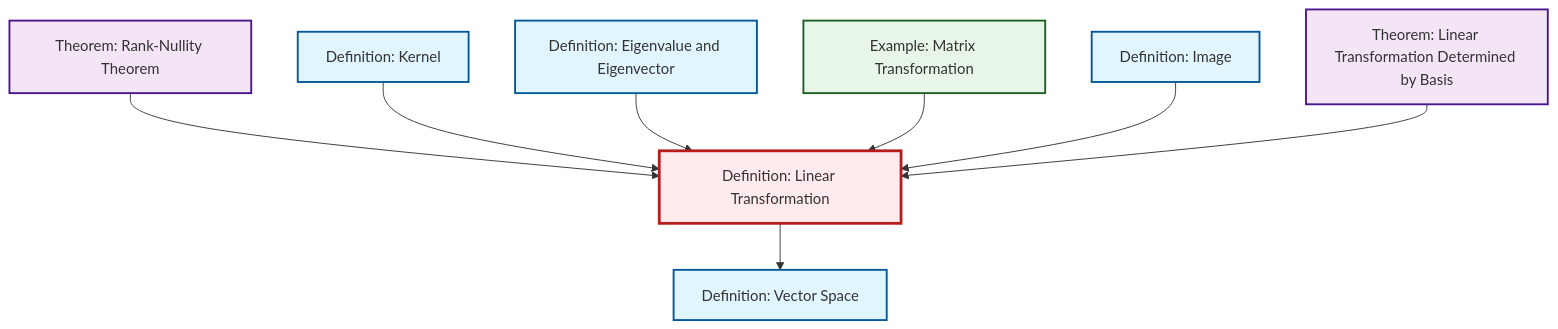
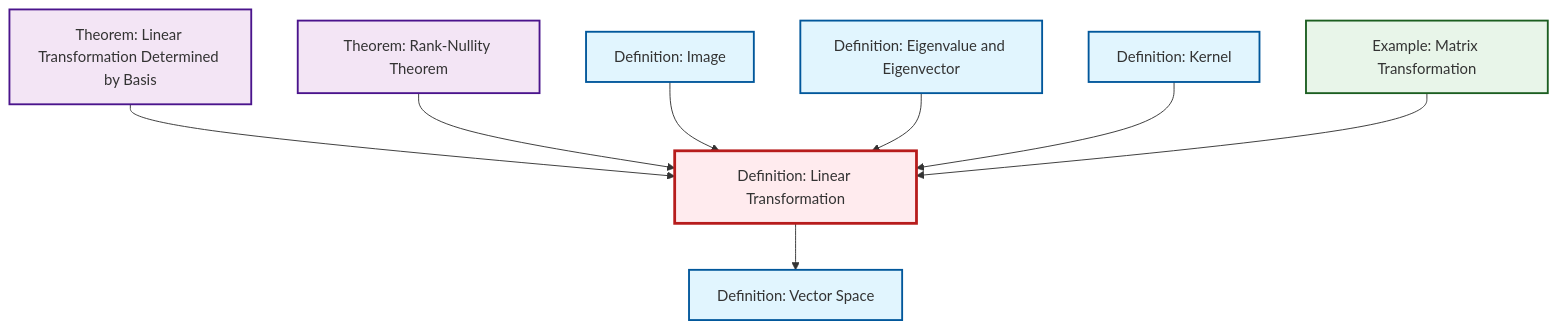
One commit to RK0429/ModernMath changed the diagram in output/mermaid/def-linear-transformation.mermaid. Above: the diagram before and after it, drawn with Mermaid. The commit also changed other lines of this file and 1420 other files, not shown here.

```diff
--- a/output/mermaid/def-linear-transformation.mermaid
+++ b/output/mermaid/def-linear-transformation.mermaid
@@ -1,23 +1,23 @@
 %%| fig-cap: "Local dependency graph"
 graph TD
     classDef definition fill:#e1f5fe,stroke:#01579b,stroke-width:2px
     classDef theorem fill:#f3e5f5,stroke:#4a148c,stroke-width:2px
     classDef axiom fill:#fff3e0,stroke:#e65100,stroke-width:2px
     classDef example fill:#e8f5e9,stroke:#1b5e20,stroke-width:2px
     classDef current fill:#ffebee,stroke:#b71c1c,stroke-width:3px
+    ex-matrix-transformation["Example: Matrix Transformation"]:::example
     def-vector-space["Definition: Vector Space"]:::definition
-    def-kernel["Definition: Kernel"]:::definition
-    ex-matrix-transformation["Example: Matrix Transformation"]:::example
-    thm-linear-transformation-basis["Theorem: Linear Transformation Determined by Basis"]:::theorem
-    def-image["Definition: Image"]:::definition
-    def-linear-transformation["Definition: Linear Transformation"]:::definition
     def-eigenvalue-eigenvector["Definition: Eigenvalue and Eigenvector"]:::definition
     thm-rank-nullity["Theorem: Rank-Nullity Theorem"]:::theorem
+    thm-linear-transformation-basis["Theorem: Linear Transformation Determined by Basis"]:::theorem
+    def-linear-transformation["Definition: Linear Transformation"]:::definition
+    def-kernel["Definition: Kernel"]:::definition
+    def-image["Definition: Image"]:::definition
+    def-linear-transformation --> def-vector-space
+    thm-linear-transformation-basis --> def-linear-transformation
     thm-rank-nullity --> def-linear-transformation
+    def-image --> def-linear-transformation
+    def-eigenvalue-eigenvector --> def-linear-transformation
     def-kernel --> def-linear-transformation
-    def-linear-transformation --> def-vector-space
-    def-eigenvalue-eigenvector --> def-linear-transformation
     ex-matrix-transformation --> def-linear-transformation
-    def-image --> def-linear-transformation
-    thm-linear-transformation-basis --> def-linear-transformation
     class def-linear-transformation current
```
